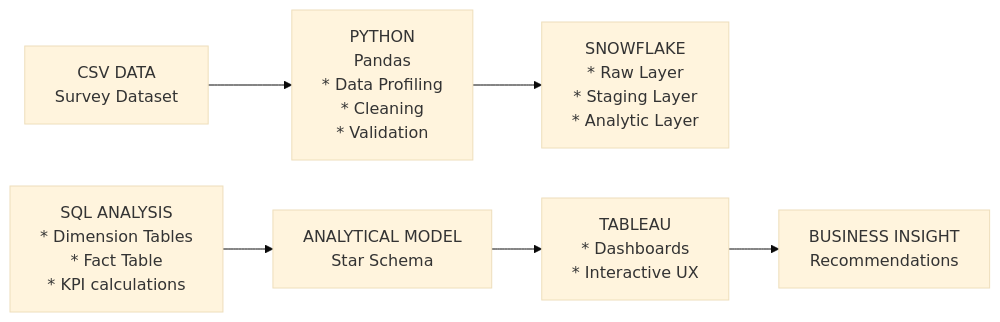
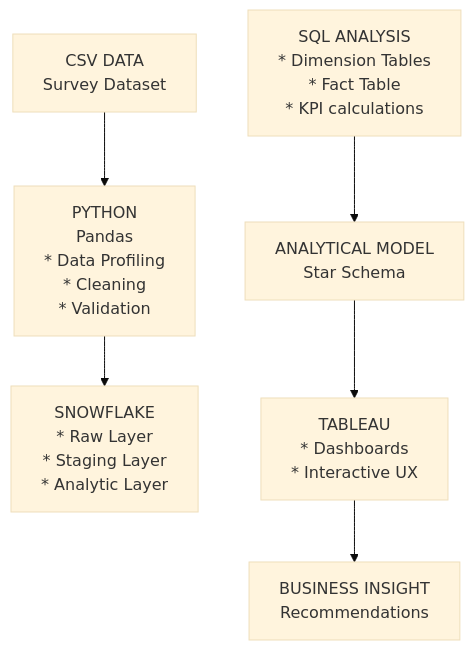
Before and after one commit to Bee1229/Post-Pandemic-Remote-Work-Employee-Well-Being-BI-Analysis-: the diagram in README.md, drawn with Mermaid (base theme).

Commit message:
Fix mermaid flowchart syntax in README.md

````diff
--- a/README.md
+++ b/README.md
@@ -30,30 +30,30 @@
 ```mermaid
-flowchart LR
+flowchart TD
     CSV["`CSV DATA
     Survey Dataset`"]
     PYTHON["`PYTHON
     Pandas
     * Data Profiling
     * Cleaning
     * Validation`"]
     SNOWFLAKE["`SNOWFLAKE
     * Raw Layer
     * Staging Layer
     * Analytic Layer`"]
     SQL["`SQL ANALYSIS
     * Dimension Tables
     * Fact Table
     * KPI calculations`"]
     ANALYTICAL["`ANALYTICAL MODEL
     Star Schema`"]
     TABLEAU["`TABLEAU
     * Dashboards
     * Interactive UX`"]
     INSIGHT["`BUSINESS INSIGHT
     Recommendations`"]
     CSV --> PYTHON;
     PYTHON --> SNOWFLAKE;
     SQL --> ANALYTICAL;
     ANALYTICAL --> TABLEAU;
     TABLEAU --> INSIGHT
 ```
````
